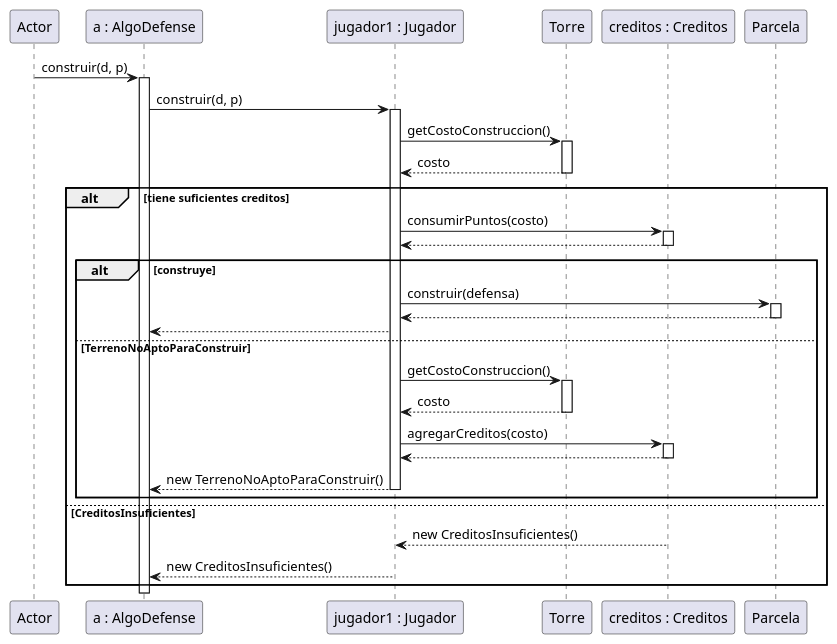
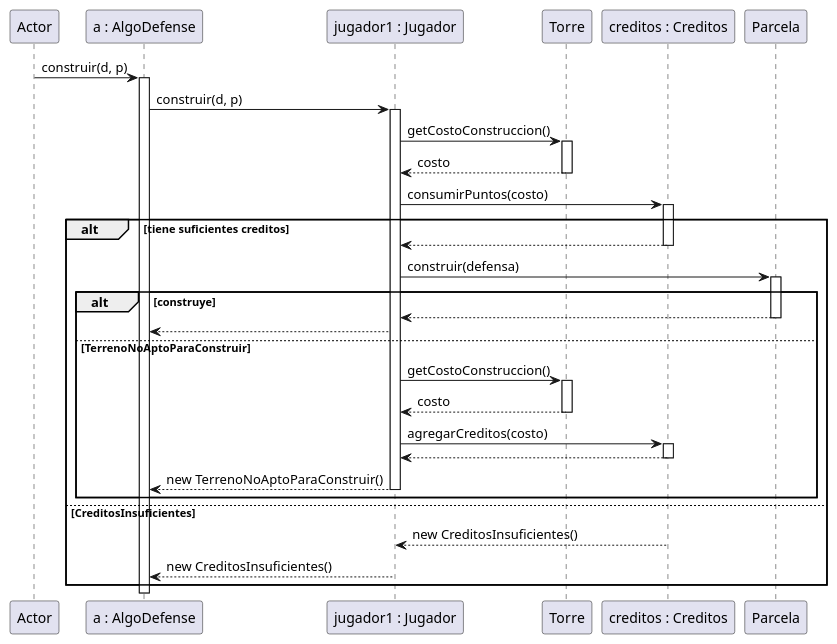
One commit to juanignaciogiacobbe/AlgoDefense_TP2 changed the diagram in diagrams/sequences/01AlgoDefense_construir.puml. Above: the diagram before and after it, drawn with PlantUML. The commit also changed 10 other files, not shown here.

Commit message:
actualizacion diagramas de secuencia

```diff
--- a/diagrams/sequences/01AlgoDefense_construir.puml
+++ b/diagrams/sequences/01AlgoDefense_construir.puml
@@ -1,41 +1,43 @@
 @startuml
 participant Actor
 Actor -> "a : AlgoDefense" : construir(d, p)
 activate "a : AlgoDefense"
 "a : AlgoDefense" -> "jugador1 : Jugador" : construir(d, p)
 activate "jugador1 : Jugador"
 "jugador1 : Jugador" -> Torre : getCostoConstruccion()
 activate Torre
 Torre --> "jugador1 : Jugador" : costo
 deactivate Torre
 
-alt tiene suficientes creditos
+
 "jugador1 : Jugador" -> "creditos : Creditos" : consumirPuntos(costo)
 activate "creditos : Creditos"
+alt tiene suficientes creditos
 "creditos : Creditos" --> "jugador1 : Jugador"
 deactivate "creditos : Creditos"
-alt construye
+
 "jugador1 : Jugador" -> Parcela : construir(defensa)
 activate Parcela
+alt construye
 Parcela --> "jugador1 : Jugador"
 deactivate Parcela
 "jugador1 : Jugador" --> "a : AlgoDefense"
 
 else TerrenoNoAptoParaConstruir
 "jugador1 : Jugador" -> Torre : getCostoConstruccion()
 activate Torre
 Torre --> "jugador1 : Jugador" : costo
 deactivate Torre
 "jugador1 : Jugador" -> "creditos : Creditos" : agregarCreditos(costo)
 activate "creditos : Creditos"
 "creditos : Creditos" --> "jugador1 : Jugador"
 deactivate "creditos : Creditos"
 "jugador1 : Jugador" --> "a : AlgoDefense" : new TerrenoNoAptoParaConstruir()
 deactivate "jugador1 : Jugador"
 end
 else CreditosInsuficientes
 "creditos : Creditos" --> "jugador1 : Jugador" : new CreditosInsuficientes()
 "jugador1 : Jugador" --> "a : AlgoDefense" : new CreditosInsuficientes()
 end
 
 @enduml
```
